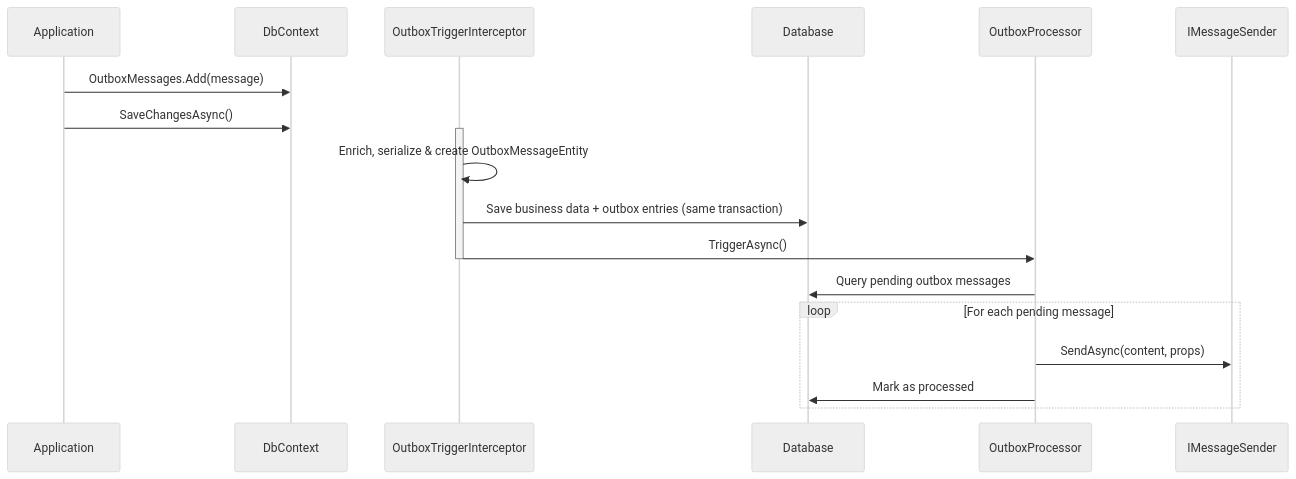
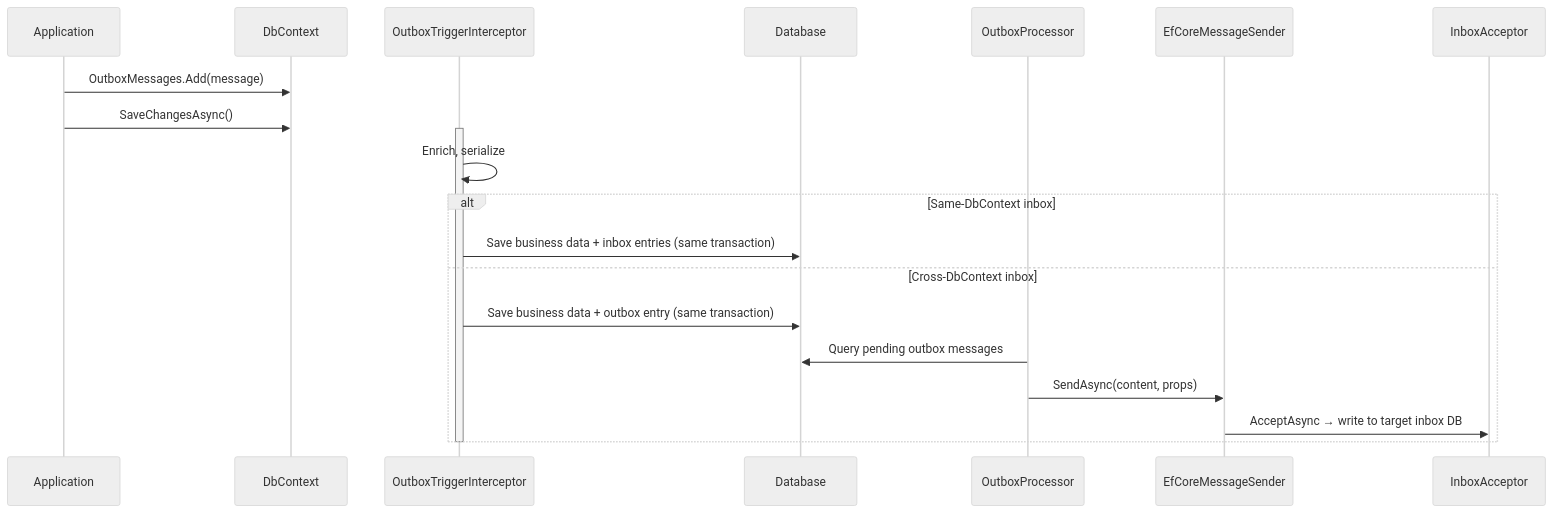
The fourth of 8 diagrams in docs/architecture.md (saithis/Ratatoskr), drawn with Mermaid (neutral theme) before and after one commit. The commit also changed other lines of this file and 37 other files, not shown here.

````diff
--- a/docs/architecture.md
+++ b/docs/architecture.md
@@ -159,22 +154,24 @@
 ```mermaid
 sequenceDiagram
     participant App as Application
     participant Db as DbContext
     participant Int as OutboxTriggerInterceptor
     participant DB as Database
     participant OP as OutboxProcessor
-    participant Sender as IMessageSender
+    participant Sender as EfCoreMessageSender
+    participant IA as InboxAcceptor
 
     App->>Db: OutboxMessages.Add(message)
     App->>Db: SaveChangesAsync()
     activate Int
-    Int->>Int: Enrich, serialize & create OutboxMessageEntity
-    Int->>DB: Save business data + outbox entries (same transaction)
-    Int->>OP: TriggerAsync()
+    Int->>Int: Enrich, serialize
+    alt Same-DbContext inbox
+        Int->>DB: Save business data + inbox entries (same transaction)
+    else Cross-DbContext inbox
+        Int->>DB: Save business data + outbox entry (same transaction)
+        OP->>DB: Query pending outbox messages
+        OP->>Sender: SendAsync(content, props)
+        Sender->>IA: AcceptAsync → write to target inbox DB
+    end
     deactivate Int
-    OP->>DB: Query pending outbox messages
-    loop For each pending message
-        OP->>Sender: SendAsync(content, props)
-        OP->>DB: Mark as processed
-    end
 ```
````
